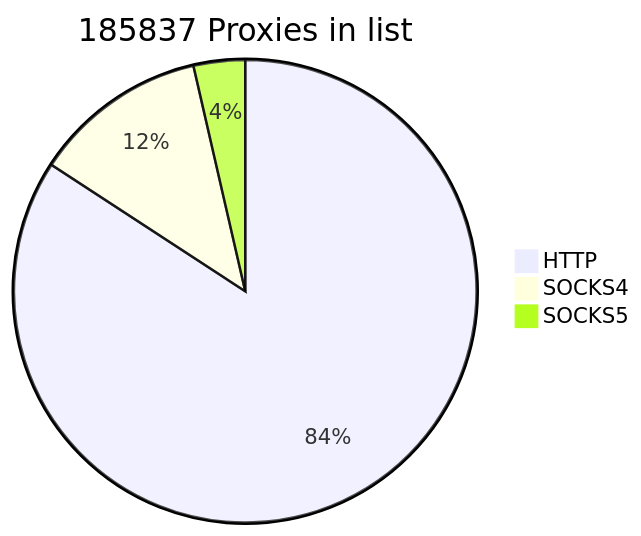
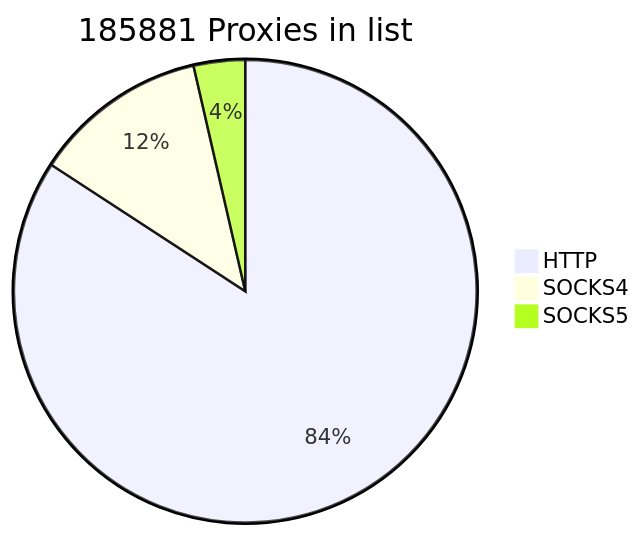
Before and after one commit to cutipu/proxylist: the first of 2 diagrams in README.md, drawn with Mermaid. The commit also changed other lines of this file, not shown here.

````diff
--- a/README.md
+++ b/README.md
@@ -2,7 +2,7 @@
 ```mermaid
-pie title 185837 Proxies in list
-    "HTTP" : 156471
-    "SOCKS4" : 22683
-    "SOCKS5" : 6683
+pie title 185881 Proxies in list
+    "HTTP" : 156503
+    "SOCKS4" : 22703
+    "SOCKS5" : 6675
             
 ```
````
